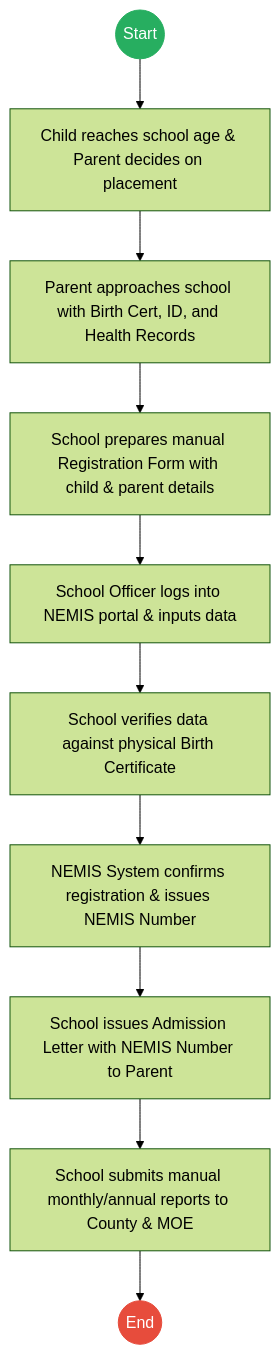
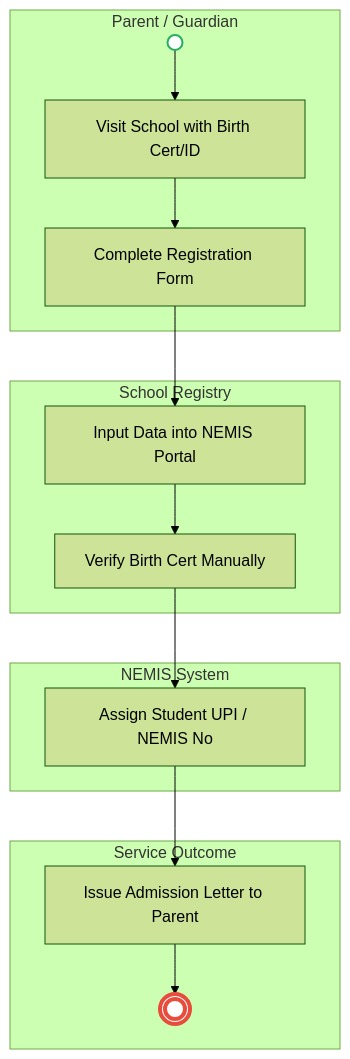
One commit to BITZ-IT-Consulting-LTD/ictapoc changed the first of 2 diagrams in mdas/docs_final/Ministry_of_Education___Service_Delivery.md. Above: the diagram before and after it, drawn with Mermaid (forest theme). The commit also changed other lines of this file and 13 other files, not shown here.

````diff
--- a/mdas/docs_final/Ministry_of_Education___Service_Delivery.md
+++ b/mdas/docs_final/Ministry_of_Education___Service_Delivery.md
@@ -20,17 +18,24 @@
 ```mermaid
-graph TD
-    Start((Start)) --> S1
-    S1["Child reaches school age & Parent decides on placement"] --> S2
-    S2["Parent approaches school with Birth Cert, ID, and Health Records"] --> S3
-    S3["School prepares manual Registration Form with child & parent details"] --> S4
-    S4["School Officer logs into NEMIS portal & inputs data"] --> S5
-    S5["School verifies data against physical Birth Certificate"] --> S6
-    S6["NEMIS System confirms registration & issues NEMIS Number"] --> S7
-    S7["School issues Admission Letter with NEMIS Number to Parent"] --> S8
-    S8["School submits manual monthly/annual reports to County & MOE"] --> End((End))
+flowchart TD
+    subgraph Parent["Parent / Guardian"]
+        Start(( )) --> A1[Visit School with Birth Cert/ID]
+        A1 --> A2[Complete Registration Form]
+    end
 
-    classDef start fill:#27ae60,stroke:#27ae60,color:#fff;
-    classDef endNode fill:#e74c3c,stroke:#e74c3c,color:#fff;
-    class Start start;
-    class End endNode;
+    subgraph School["School Registry"]
+        A2 --> B1[Input Data into NEMIS Portal]
+        B1 --> B2[Verify Birth Cert Manually]
+    end
+
+    subgraph NEMIS["NEMIS System"]
+        B2 --> C1[Assign Student UPI / NEMIS No]
+    end
+
+    subgraph Outcome["Service Outcome"]
+        C1 --> D1[Issue Admission Letter to Parent]
+        D1 --> End((( )))
+    end
+
+    style Start fill:#fff,stroke:#27ae60,stroke-width:2px
+    style End fill:#fff,stroke:#e74c3c,stroke-width:4px
 ```
````
